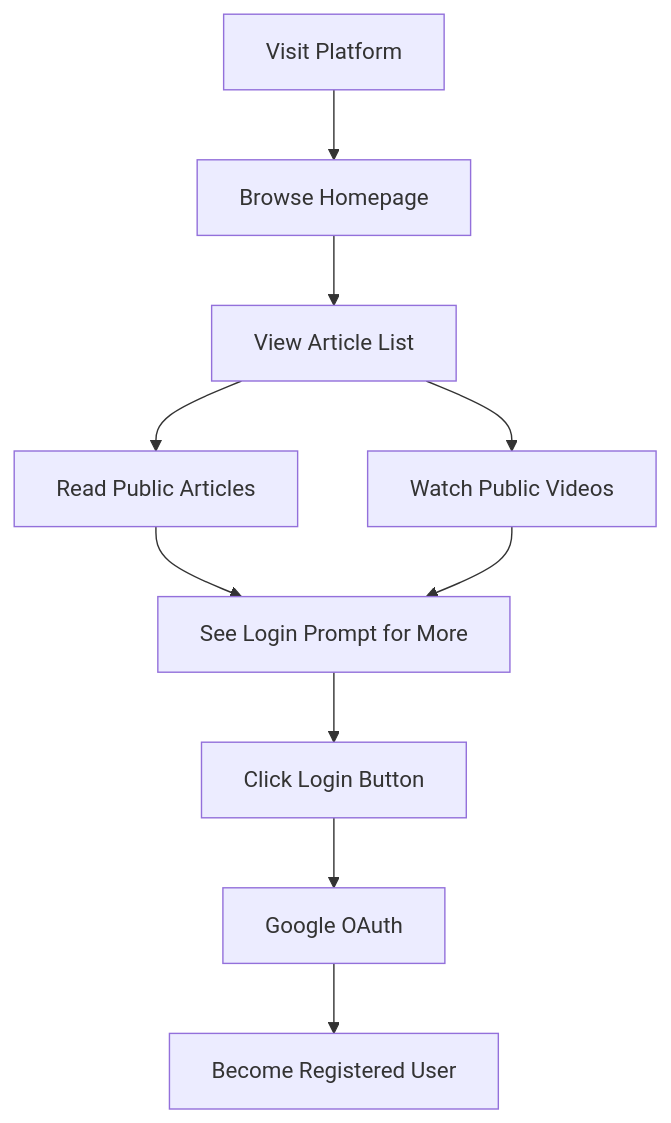
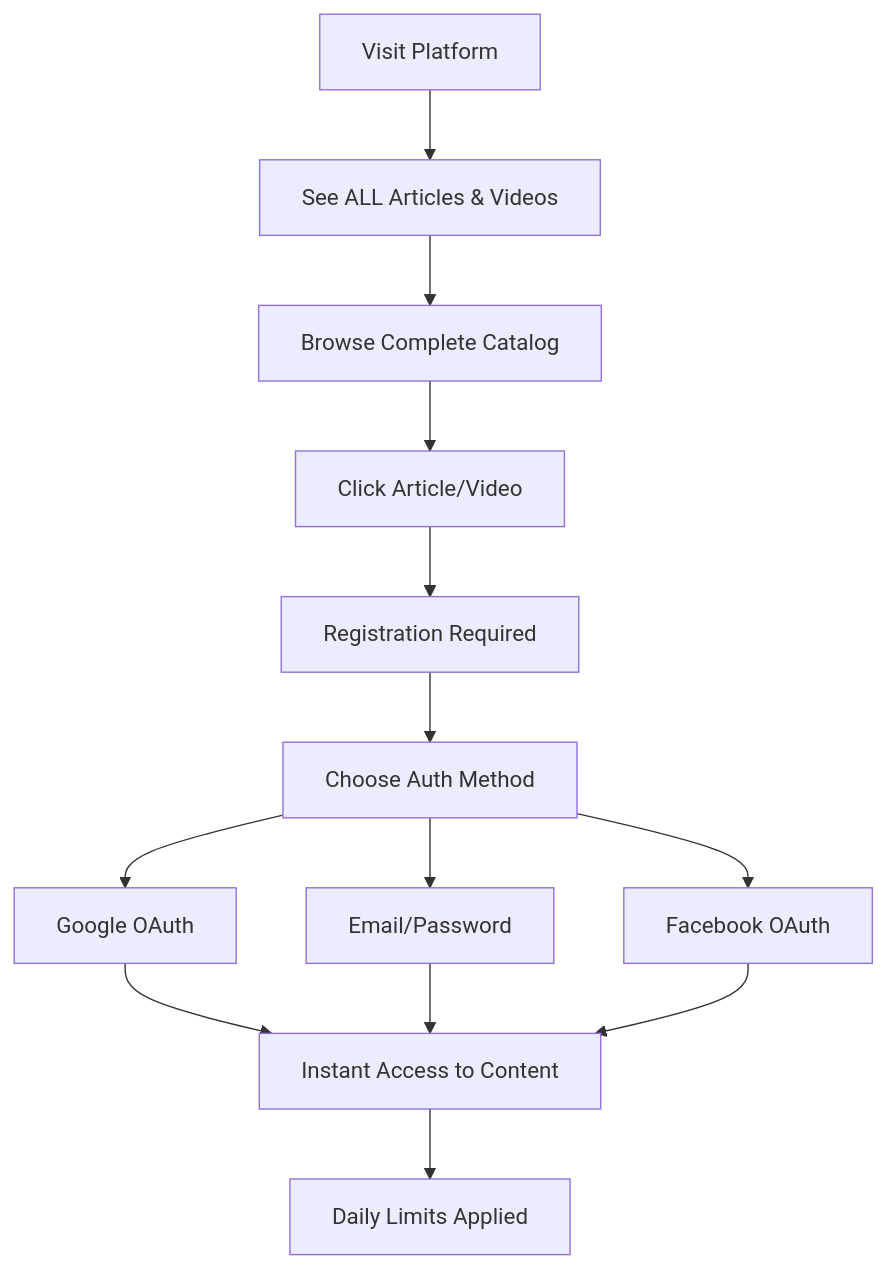
Before and after one commit to rfart/astronacci-assesment: the first of 8 diagrams in docs/USER-JOURNEY.md, drawn with Mermaid. The commit also changed other lines of this file and 15 other files, not shown here.

````diff
--- a/docs/USER-JOURNEY.md
+++ b/docs/USER-JOURNEY.md
@@ -70,12 +99,15 @@
 ```mermaid
 graph TD
-    A[Visit Platform] --> B[Browse Homepage]
-    B --> C[View Article List]
-    C --> D[Read Public Articles]
-    C --> E[Watch Public Videos]
-    D --> F[See Login Prompt for More]
-    E --> F
-    F --> G[Click Login Button]
-    G --> H[Google OAuth]
-    H --> I[Become Registered User]
+    A[Visit Platform] --> B[See ALL Articles & Videos]
+    B --> C[Browse Complete Catalog]
+    C --> D[Click Article/Video]
+    D --> E[Registration Required]
+    E --> F[Choose Auth Method]
+    F --> G[Google OAuth] 
+    F --> H[Email/Password]
+    F --> I[Facebook OAuth]
+    G --> J[Instant Access to Content]
+    H --> J
+    I --> J
+    J --> K[Daily Limits Applied]
 ```
````
